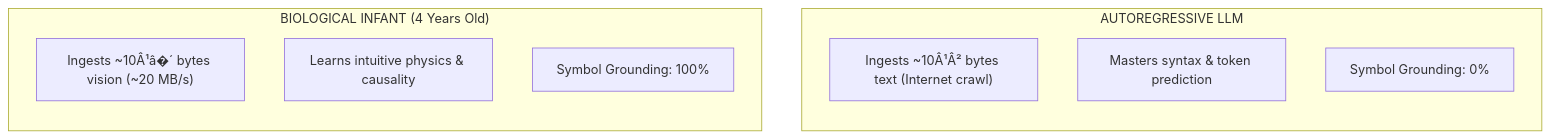
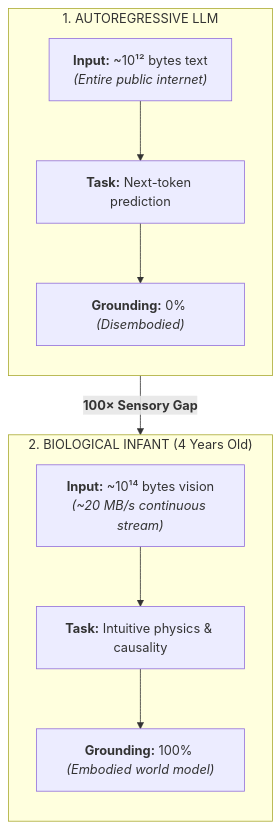
One commit to mynameisjpg/mynameisjpg changed the second of 4 diagrams in _posts/2026-09-24-lecun-world-models-jepa.md. Above: the diagram before and after it, drawn with Mermaid. The commit also changed other lines of this file and 2 other files, not shown here.

Commit message:
fix(diagram): enhance legibility of sensory bandwidth comparison chart and fix encoding artifacts

````diff
--- a/_posts/2026-09-24-lecun-world-models-jepa.md
+++ b/_posts/2026-09-24-lecun-world-models-jepa.md
@@ -91,15 +91,20 @@
 ```mermaid
 flowchart TD
-    subgraph LLM ["AUTOREGRESSIVE LLM"]
+    subgraph LLM ["1. AUTOREGRESSIVE LLM"]
         direction TB
-        L1["Ingests ~10Â¹Â² bytes text (Internet crawl)"]
-        L2["Masters syntax & token prediction"]
-        L3["Symbol Grounding: 0%"]
+        L1["<b>Input:</b> ~10¹² bytes text<br/><i>(Entire public internet)</i>"]
+        L2["<b>Task:</b> Next-token prediction"]
+        L3["<b>Grounding:</b> 0% <i>(Disembodied)</i>"]
+        L1 --> L2 --> L3
     end
-    subgraph Infant ["BIOLOGICAL INFANT (4 Years Old)"]
+
+    LLM -->|<b>100× Sensory Gap</b>| INF
+
+    subgraph INF ["2. BIOLOGICAL INFANT (4 Years Old)"]
         direction TB
-        I1["Ingests ~10Â¹â�´ bytes vision (~20 MB/s)"]
-        I2["Learns intuitive physics & causality"]
-        I3["Symbol Grounding: 100%"]
+        I1["<b>Input:</b> ~10¹⁴ bytes vision<br/><i>(~20 MB/s continuous stream)</i>"]
+        I2["<b>Task:</b> Intuitive physics & causality"]
+        I3["<b>Grounding:</b> 100% <i>(Embodied world model)</i>"]
+        I1 --> I2 --> I3
     end
 ```
````
